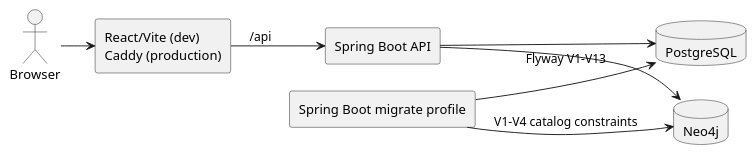
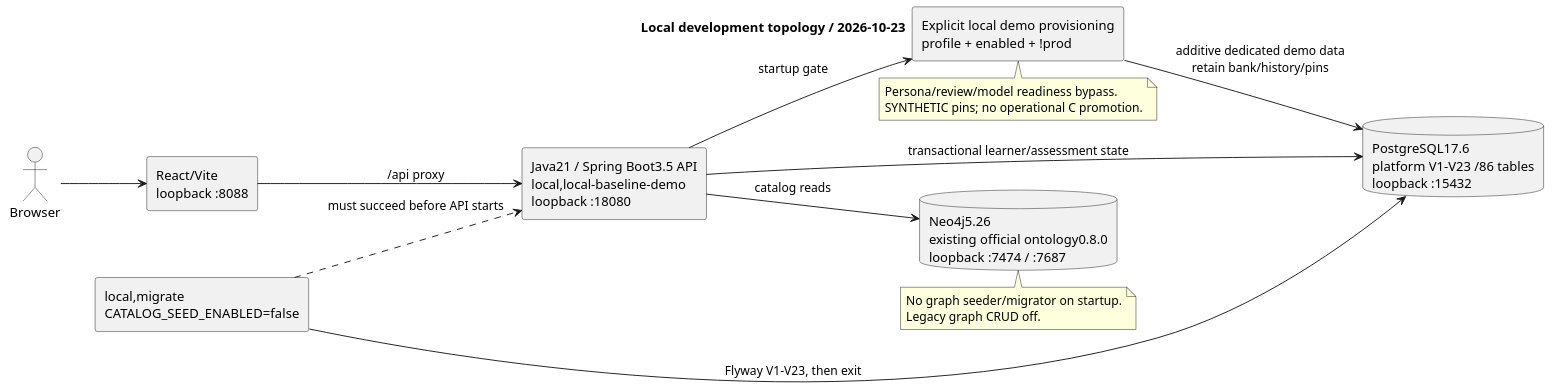
Before and after one commit to SEP490-Fall-2026-GFA26SE64/SEP490: the diagram in documents/diagrams/runtime-topology.puml, drawn with PlantUML. The commit also changed 20 other files, not shown here.

Commit message:
docs(schema): regenerate PostgreSQL V23 diagrams and metadata catalog

```diff
--- a/documents/diagrams/runtime-topology.puml
+++ b/documents/diagrams/runtime-topology.puml
@@ -1,20 +1,30 @@
 @startuml
 !pragma layout smetana
 left to right direction
 skinparam componentStyle rectangle
 skinparam shadowing false
-
+title Local development topology / 2026-10-23
 actor Browser
-component "React/Vite (dev)\nCaddy (production)" as Web
-component "Spring Boot API" as API
-component "Spring Boot migrate profile" as Migrate
-database "PostgreSQL" as PG
-database "Neo4j" as Graph
-
+component "React/Vite\nloopback :8088" as Web
+component "Java21 / Spring Boot3.5 API\nlocal,local-baseline-demo\nloopback :18080" as API
+component "local,migrate\nCATALOG_SEED_ENABLED=false" as Migrate
+component "Explicit local demo provisioning\nprofile + enabled + !prod" as Demo
+database "PostgreSQL17.6\nplatform V1-V23 /86 tables\nloopback :15432" as PG
+database "Neo4j5.26\nexisting official ontology0.8.0\nloopback :7474 / :7687" as Graph
 Browser --> Web
-Web --> API : /api
-API --> PG
-API --> Graph
-Migrate --> PG : Flyway V1-V13
-Migrate --> Graph : V1-V4 catalog constraints
+Web --> API : /api proxy
+Migrate --> PG : Flyway V1-V23, then exit
+Migrate ..> API : must succeed before API starts
+API --> PG : transactional learner/assessment state
+API --> Graph : catalog reads
+API --> Demo : startup gate
+Demo --> PG : additive dedicated demo data\nretain bank/history/pins
+note bottom of Graph
+No graph seeder/migrator on startup.
+Legacy graph CRUD off.
+end note
+note bottom of Demo
+Persona/review/model readiness bypass.
+SYNTHETIC pins; no operational C promotion.
+end note
 @enduml
```
